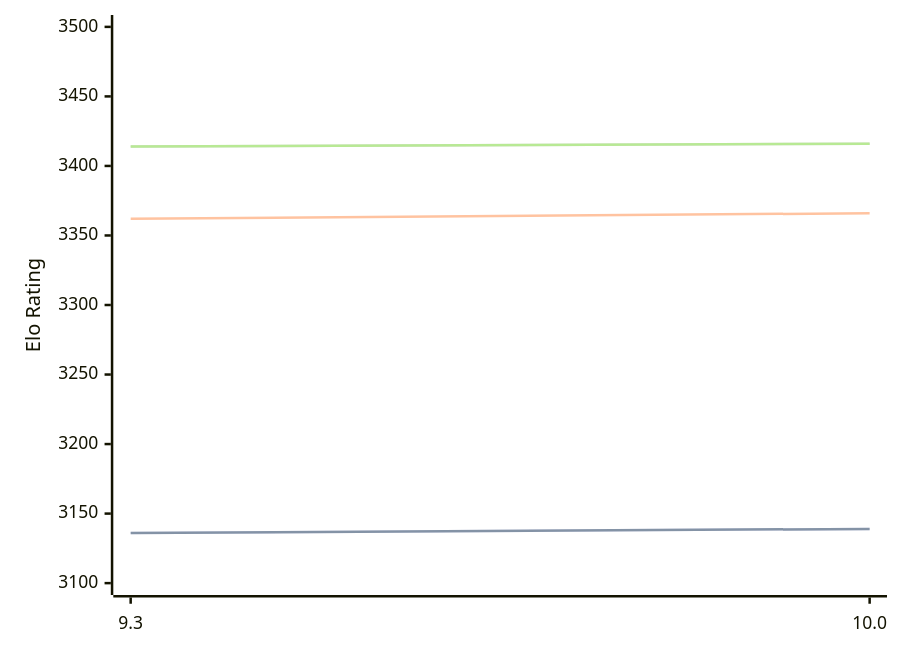
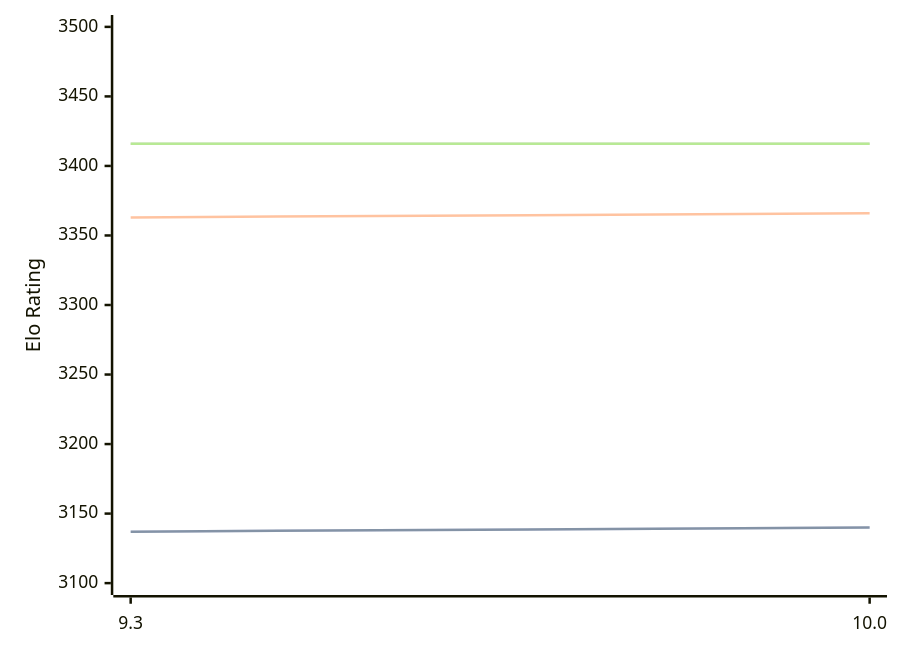
The third of 3 diagrams in engines/Fire.md (computer-chess-index/cci), drawn with Mermaid before and after one commit. The commit also changed other lines of this file, not shown here.

Commit message:
Update CCI Ratings (ELO VLTC) - 2026-07-12

````diff
--- a/engines/Fire.md
+++ b/engines/Fire.md
@@ -80,11 +80,11 @@
 ```mermaid
 %%{init: {"theme":"base","themeVariables":{"seriesColors:['#a3a3a3','#222221','#faa371']}}}%%
 xychart-beta
   x-axis ["9.3", "10.0"]
   y-axis "Elo Rating" 3100 --> 3500
-  line "STC (8.0+0.08s)" [3136, 3139]
-  line "STC (8.0+0.08s)" [3136, 3139]
-  line "LTC (60.0+0.60s)" [3362, 3366]
-  line "VLTC (2m24s+1.12s)" [3414, 3416]
-  line "VLTC (2m24s+1.12s)" [3414, 3416]
+  line "STC (8.0+0.08s)" [3137, 3140]
+  line "STC (8.0+0.08s)" [3137, 3140]
+  line "LTC (60.0+0.60s)" [3363, 3366]
+  line "VLTC (2m24s+1.12s)" [3416, 3416]
+  line "VLTC (2m24s+1.12s)" [3416, 3416]
 ```
````
